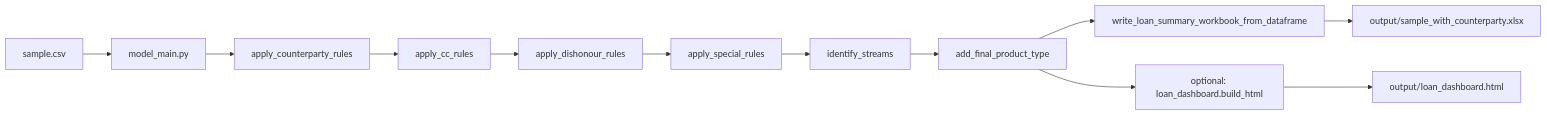
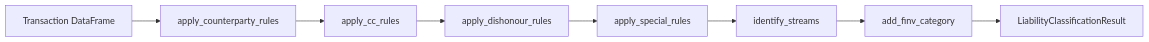
One commit to EliamZhang/ServiFlow-AI changed the diagram in liability_classification_engine/architecture_diagram.md. Above: the diagram before and after it, drawn with Mermaid. The commit also changed other lines of this file and 32 other files, not shown here.

Commit message:
Rename final_product_type to finv_category

````diff
--- a/liability_classification_engine/architecture_diagram.md
+++ b/liability_classification_engine/architecture_diagram.md
@@ -7,14 +9,10 @@
 ```mermaid
 flowchart LR
-    A["sample.csv"] --> B["model_main.py"]
-    B --> C["apply_counterparty_rules"]
-    C --> D["apply_cc_rules"]
-    D --> E["apply_dishonour_rules"]
-    E --> F["apply_special_rules"]
-    F --> G["identify_streams"]
-    G --> H["add_final_product_type"]
-    H --> I["write_loan_summary_workbook_from_dataframe"]
-    I --> J["output/sample_with_counterparty.xlsx"]
-    H --> K["optional: loan_dashboard.build_html"]
-    K --> L["output/loan_dashboard.html"]
+    A["Transaction DataFrame"] --> B["apply_counterparty_rules"]
+    B --> C["apply_cc_rules"]
+    C --> D["apply_dishonour_rules"]
+    D --> E["apply_special_rules"]
+    E --> F["identify_streams"]
+    F --> G["add_finv_category"]
+    G --> H["LiabilityClassificationResult"]
 ```
````
